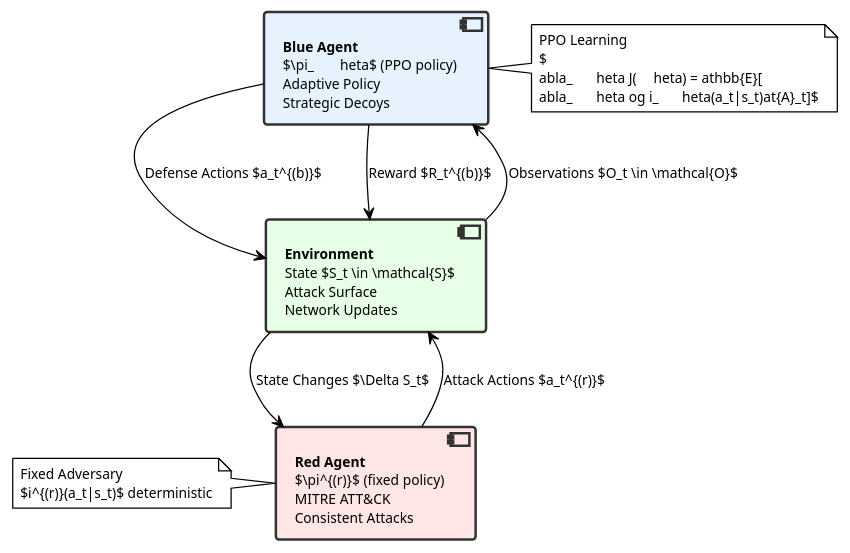
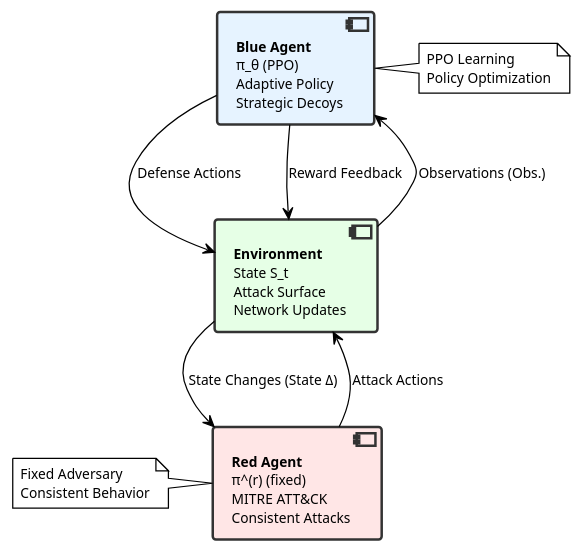
One commit to miracle078/cyberwheel-IX changed the diagram in research_docs/plantuml_diagrams/tikz_to_plantuml_conversion/adversarial_framework_new.puml. Above: the diagram before and after it, drawn with PlantUML. The commit also changed 472 other files, not shown here.

```diff
--- a/research_docs/plantuml_diagrams/tikz_to_plantuml_conversion/adversarial_framework_new.puml
+++ b/research_docs/plantuml_diagrams/tikz_to_plantuml_conversion/adversarial_framework_new.puml
@@ -1,26 +1,26 @@
-@startuml adversarial_framework_enhanced
+@startuml adversarial_framework_new
 !theme plain
 skinparam backgroundColor #FFFFFF
 skinparam defaultFontName Arial
 skinparam defaultFontSize 11
 
 skinparam component {
   BackgroundColor #F8F8F8
   BorderColor #333333
   BorderThickness 2
 }
 
-component [**Red Agent**\n$\pi^{(r)}$ (fixed policy)\nMITRE ATT&CK\nConsistent Attacks] as RedAgent #FFE6E6
-component [**Environment**\nState $S_t \in \mathcal{S}$\nAttack Surface\nNetwork Updates] as Environment #E6FFE6
-component [**Blue Agent**\n$\pi_\theta$ (PPO policy)\nAdaptive Policy\nStrategic Decoys] as BlueAgent #E6F3FF
+component [**Red Agent**\nπ^(r) (fixed)\nMITRE ATT&CK\nConsistent Attacks] as RedAgent #FFE6E6
+component [**Environment**\nState S_t\nAttack Surface\nNetwork Updates] as Environment #E6FFE6
+component [**Blue Agent**\nπ_θ (PPO)\nAdaptive Policy\nStrategic Decoys] as BlueAgent #E6F3FF
 
-RedAgent --> Environment : Attack Actions $a_t^{(r)}$
-Environment --> BlueAgent : Observations $O_t \in \mathcal{O}$
-BlueAgent --> Environment : Defense Actions $a_t^{(b)}$
-Environment --> RedAgent : State Changes $\Delta S_t$
-BlueAgent --> Environment : Reward $R_t^{(b)}$
+RedAgent --> Environment : Attack Actions
+Environment --> BlueAgent : Observations (Obs.)
+BlueAgent --> Environment : Defense Actions
+Environment --> RedAgent : State Changes (State Δ)
+BlueAgent --> Environment : Reward Feedback
 
-note right of BlueAgent : PPO Learning\n$\nabla_\theta J(\theta) = \mathbb{E}[\nabla_\theta \log \pi_\theta(a_t|s_t)\hat{A}_t]$
-note left of RedAgent : Fixed Adversary\n$\pi^{(r)}(a_t|s_t)$ deterministic
+note right of BlueAgent : PPO Learning\nPolicy Optimization
+note left of RedAgent : Fixed Adversary\nConsistent Behavior
 
 @enduml
```
